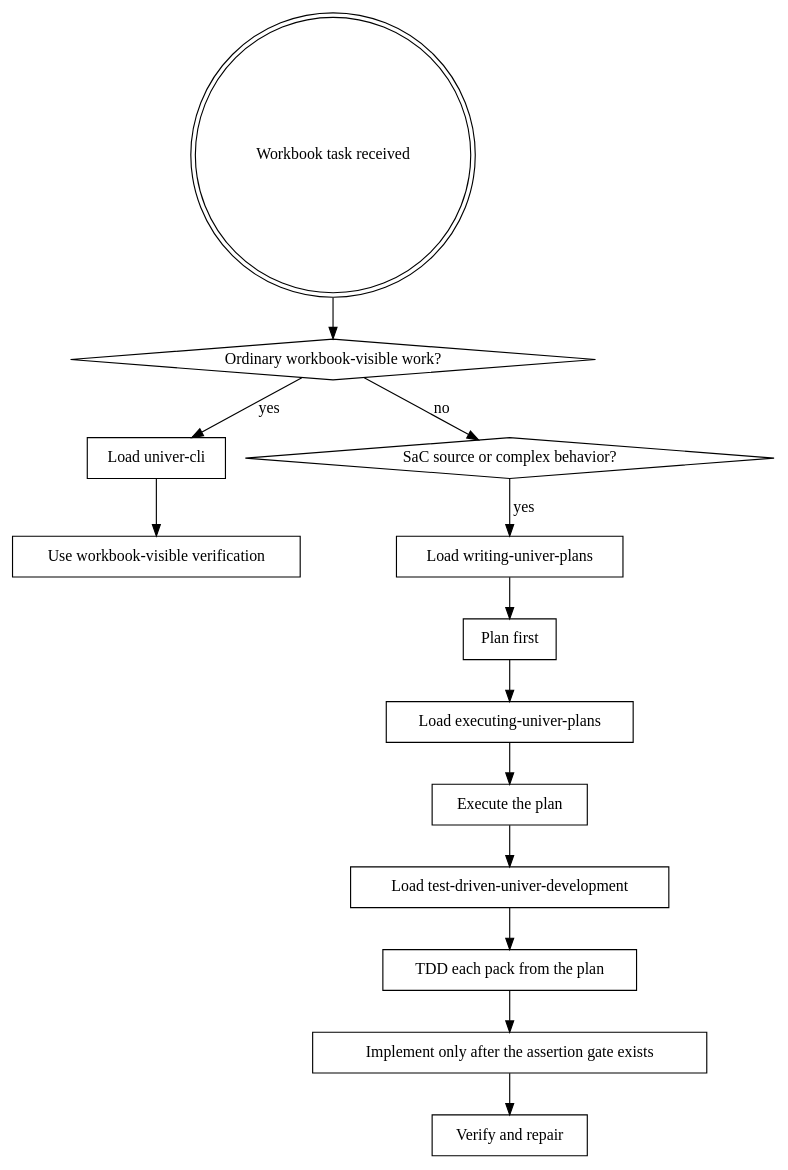
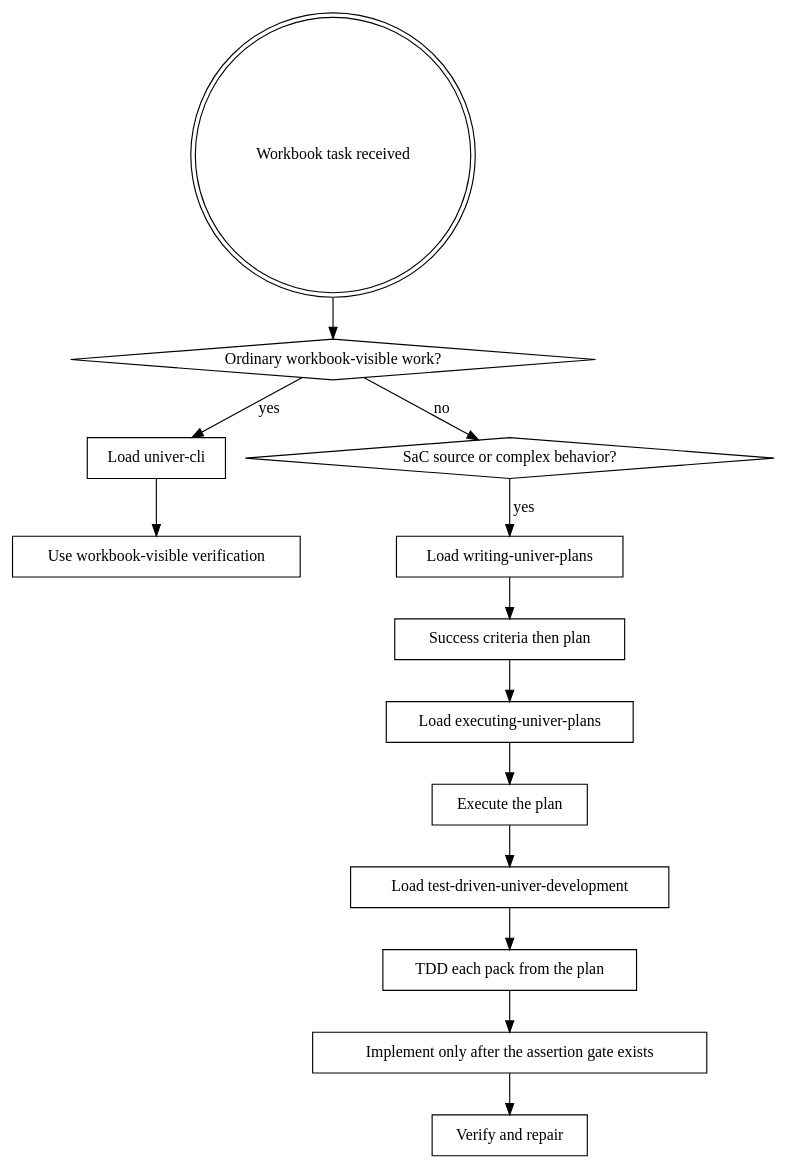
One commit to dream-num/skills changed the diagram in skills/using-univer-cli/SKILL.md. Above: the diagram before and after it, drawn with Graphviz. The commit also changed other lines of this file and 2 other files, not shown here.

Commit message:
Align entry skill with success criteria planning

````diff
--- a/skills/using-univer-cli/SKILL.md
+++ b/skills/using-univer-cli/SKILL.md
@@ -23,30 +23,30 @@
 ```dot
 digraph using_univer_cli {
     "Workbook task received" [shape=doublecircle];
     "Ordinary workbook-visible work?" [shape=diamond];
     "Load univer-cli" [shape=box];
     "Use workbook-visible verification" [shape=box];
     "SaC source or complex behavior?" [shape=diamond];
     "Load writing-univer-plans" [shape=box];
-    "Plan first" [shape=box];
+    "Success criteria then plan" [shape=box];
     "Load executing-univer-plans" [shape=box];
     "Execute the plan" [shape=box];
     "Load test-driven-univer-development" [shape=box];
     "TDD each pack from the plan" [shape=box];
     "Implement only after the assertion gate exists" [shape=box];
     "Verify and repair" [shape=box];
 
     "Workbook task received" -> "Ordinary workbook-visible work?";
     "Ordinary workbook-visible work?" -> "Load univer-cli" [label="yes"];
     "Load univer-cli" -> "Use workbook-visible verification";
     "Ordinary workbook-visible work?" -> "SaC source or complex behavior?" [label="no"];
     "SaC source or complex behavior?" -> "Load writing-univer-plans" [label="yes"];
-    "Load writing-univer-plans" -> "Plan first";
-    "Plan first" -> "Load executing-univer-plans";
+    "Load writing-univer-plans" -> "Success criteria then plan";
+    "Success criteria then plan" -> "Load executing-univer-plans";
     "Load executing-univer-plans" -> "Execute the plan";
     "Execute the plan" -> "Load test-driven-univer-development";
     "Load test-driven-univer-development" -> "TDD each pack from the plan";
     "TDD each pack from the plan" -> "Implement only after the assertion gate exists";
     "Implement only after the assertion gate exists" -> "Verify and repair";
 }
 ```
````
